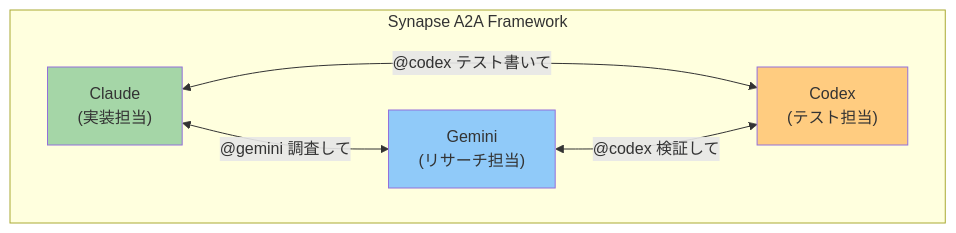
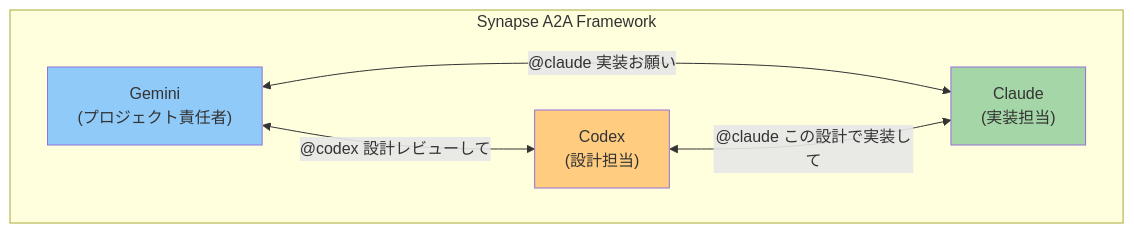
Before and after one commit to s-hiraoku/synapse-a2a: the second of 2 diagrams in docs/project-philosophy.md, drawn with Mermaid. The commit also changed other lines of this file, not shown here.

Commit message:
docs: clarify that agent roles are user-configurable
- Update agent strength description to emphasize user freedom
- Revise Mermaid diagram with concrete role example:
  - Claude as implementer
  - Codex as designer
  - Gemini as project lead
- Add note clarifying roles are customizable, not fixed

````diff
--- a/docs/project-philosophy.md
+++ b/docs/project-philosophy.md
@@ -74,16 +74,16 @@
 ```mermaid
 flowchart TB
     subgraph Synapse["Synapse A2A Framework"]
         Claude["Claude\n(実装担当)"]
-        Gemini["Gemini\n(リサーチ担当)"]
-        Codex["Codex\n(テスト担当)"]
+        Codex["Codex\n(設計担当)"]
+        Gemini["Gemini\n(プロジェクト責任者)"]
     end
 
-    Claude <-->|"@gemini 調査して"| Gemini
-    Claude <-->|"@codex テスト書いて"| Codex
-    Gemini <-->|"@codex 検証して"| Codex
+    Gemini <-->|"@codex 設計レビューして"| Codex
+    Gemini <-->|"@claude 実装お願い"| Claude
+    Codex <-->|"@claude この設計で実装して"| Claude
 
     style Claude fill:#a5d6a7
+    style Codex fill:#ffcc80
     style Gemini fill:#90caf9
-    style Codex fill:#ffcc80
 ```
````
